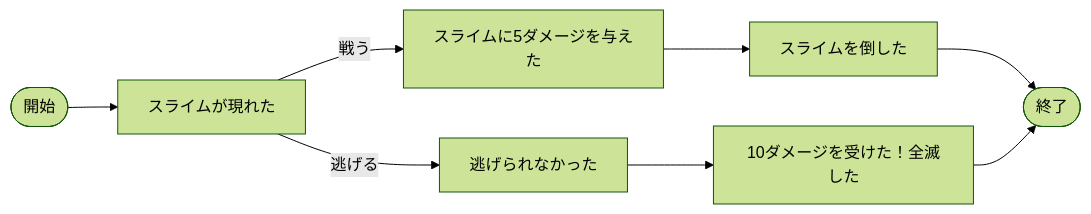
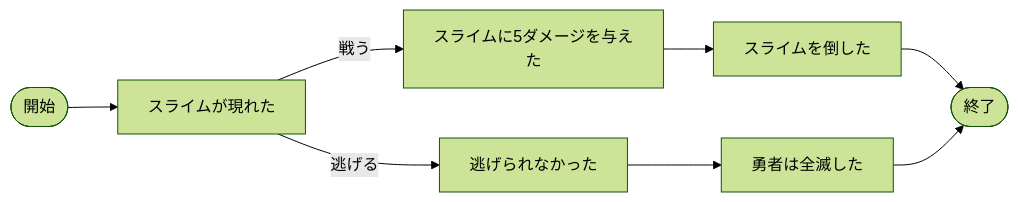
One commit to tpu-game-2023/mermaid_test changed the first of 3 diagrams in README.md. Above: the diagram before and after it, drawn with Mermaid (forest theme).

````diff
--- a/README.md
+++ b/README.md
@@ -20,10 +20,10 @@
 ```mermaid
 flowchart LR;
   A([開始]) --> B[スライムが現れた];
   B -- 戦う --> C[スライムに5ダメージを与えた];
   C --> D[スライムを倒した];
   B -- 逃げる --> E[逃げられなかった];
-  E --> F[10ダメージを受けた！全滅した];
+  E --> F[勇者は全滅した];
   D --> G([終了]);
   F --> G;
 ```
````
